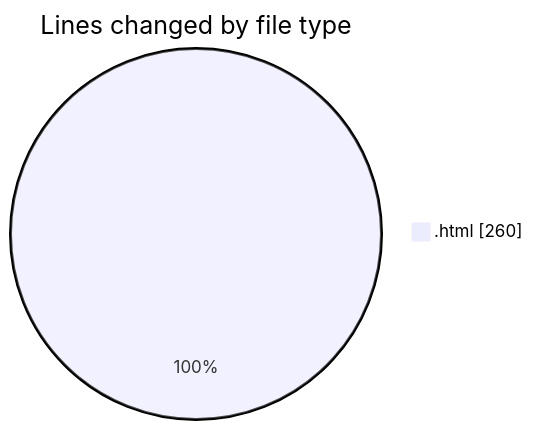
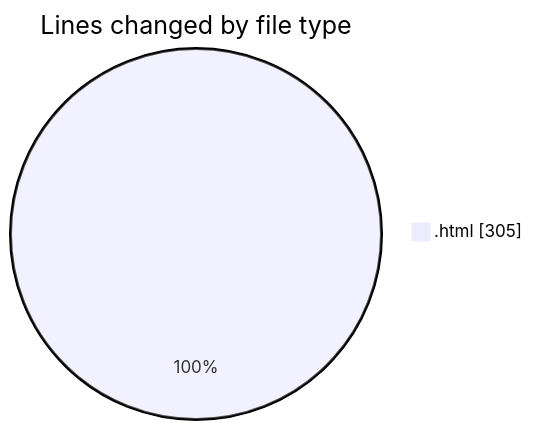
The first of 2 diagrams in 2025-01-08/nueva_carpeta/README.md (LanceThiago/code-tracking), drawn with Mermaid before and after one commit. The commit also changed other lines of this file and 1 other file, not shown here.

````diff
--- a/2025-01-08/nueva_carpeta/README.md
+++ b/2025-01-08/nueva_carpeta/README.md
@@ -20,5 +20,5 @@
 ```mermaid
 pie showData
 title Lines changed by file type
-".html" : 260
+".html" : 305
 ```
````
